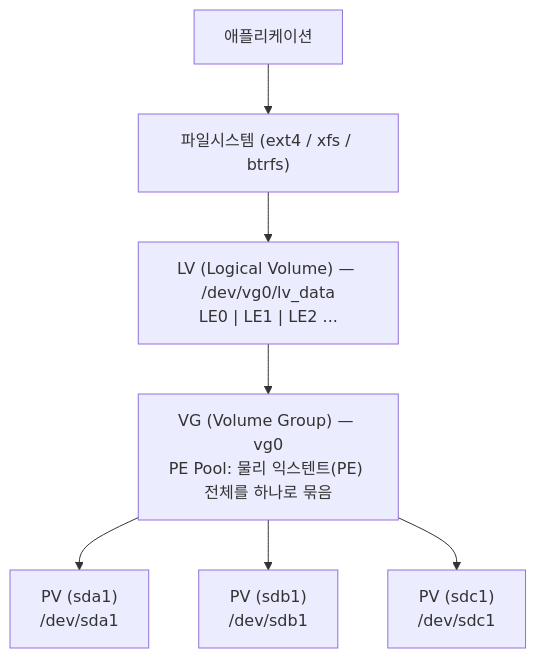
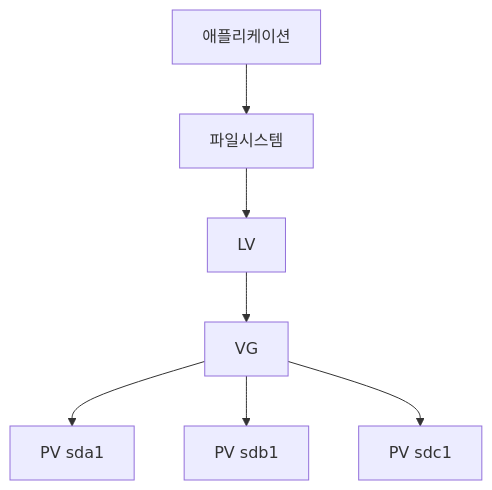
The first of 2 diagrams in content/linux/filesystem-storage/lvm.md (moonblueblue/devops-wiki), drawn with Mermaid before and after one commit. The commit also changed other lines of this file and 37 other files, not shown here.

First line of the commit message:
style: linux 카테고리 ASCII 도표·Mermaid 라벨 형식 교정

````diff
--- a/content/linux/filesystem-storage/lvm.md
+++ b/content/linux/filesystem-storage/lvm.md
@@ -25,15 +25,15 @@
 ```mermaid
 graph TD
     APP["애플리케이션"]
-    FS["파일시스템 (ext4 / xfs / btrfs)"]
-    LV["LV (Logical Volume) — /dev/vg0/lv_data<br/>LE0 | LE1 | LE2 ..."]
-    VG["VG (Volume Group) — vg0<br/>PE Pool: 물리 익스텐트(PE) 전체를 하나로 묶음"]
-    PV1["PV (sda1)<br/>/dev/sda1"]
-    PV2["PV (sdb1)<br/>/dev/sdb1"]
-    PV3["PV (sdc1)<br/>/dev/sdc1"]
+    FS["파일시스템"]
+    LV["LV"]
+    VG["VG"]
+    PV1["PV sda1"]
+    PV2["PV sdb1"]
+    PV3["PV sdc1"]
 
     APP --> FS --> LV --> VG
     VG --> PV1
     VG --> PV2
     VG --> PV3
 ```
````
